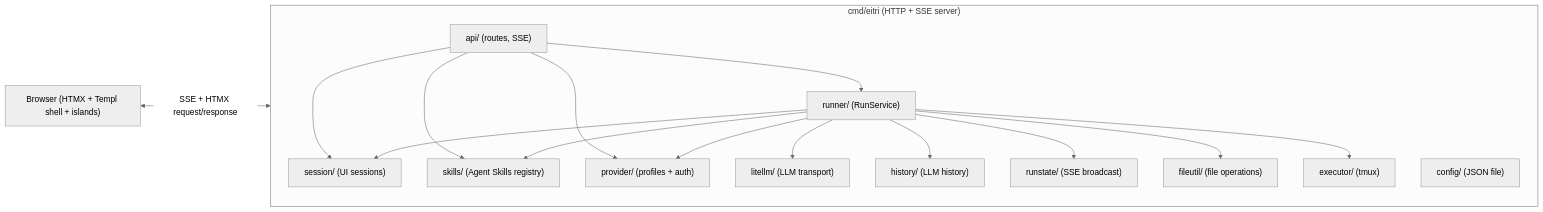
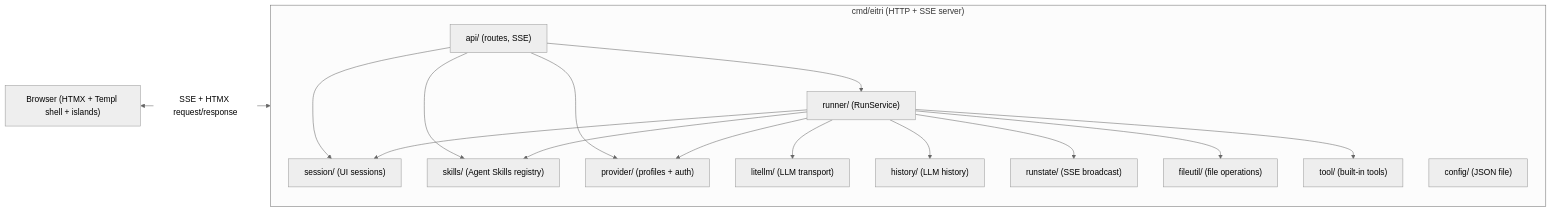
Before and after one commit to glemsom/eitri: the first of 2 diagrams in docs/ARCHITECTURE.md, drawn with Mermaid (neutral theme). The commit also changed other lines of this file and 6 other files, not shown here.

First line of the commit message:
docs: update documentation after tmux executor removal (#389)

````diff
--- a/docs/ARCHITECTURE.md
+++ b/docs/ARCHITECTURE.md
@@ -10,32 +10,32 @@
 ```mermaid
 flowchart LR
     Browser["Browser (HTMX + Templ shell + islands)"]
 
     subgraph Server["cmd/eitri (HTTP + SSE server)"]
         API["api/ (routes, SSE)"]
         RunSvc["runner/ (RunService)"]
         UISess["session/ (UI sessions)"]
         LLMHist["history/ (LLM history)"]
         LLMTrp["litellm/ (LLM transport)"]
         RunSt["runstate/ (SSE broadcast)"]
         FileUtil["fileutil/ (file operations)"]
         Skills["skills/ (Agent Skills registry)"]
-        Executor["executor/ (tmux)"]
+        Tools["tool/ (built-in tools)"]
         Config["config/ (JSON file)"]
         Provider["provider/ (profiles + auth)"]
     end
 
     Browser <-->|SSE + HTMX request/response| Server
     API --> RunSvc
     API --> UISess
     API --> Skills
     API --> Provider
     RunSvc --> LLMTrp
     RunSvc --> LLMHist
     RunSvc --> RunSt
     RunSvc --> FileUtil
     RunSvc --> Skills
-    RunSvc --> Executor
     RunSvc --> UISess
     RunSvc --> Provider
+    RunSvc --> Tools
 ```
````
